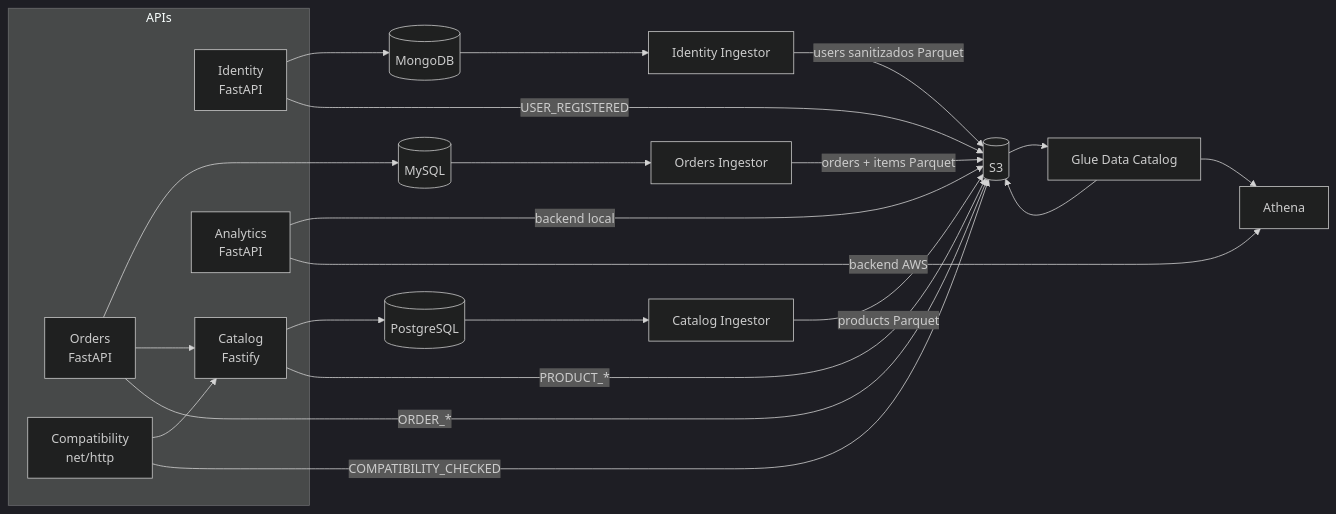
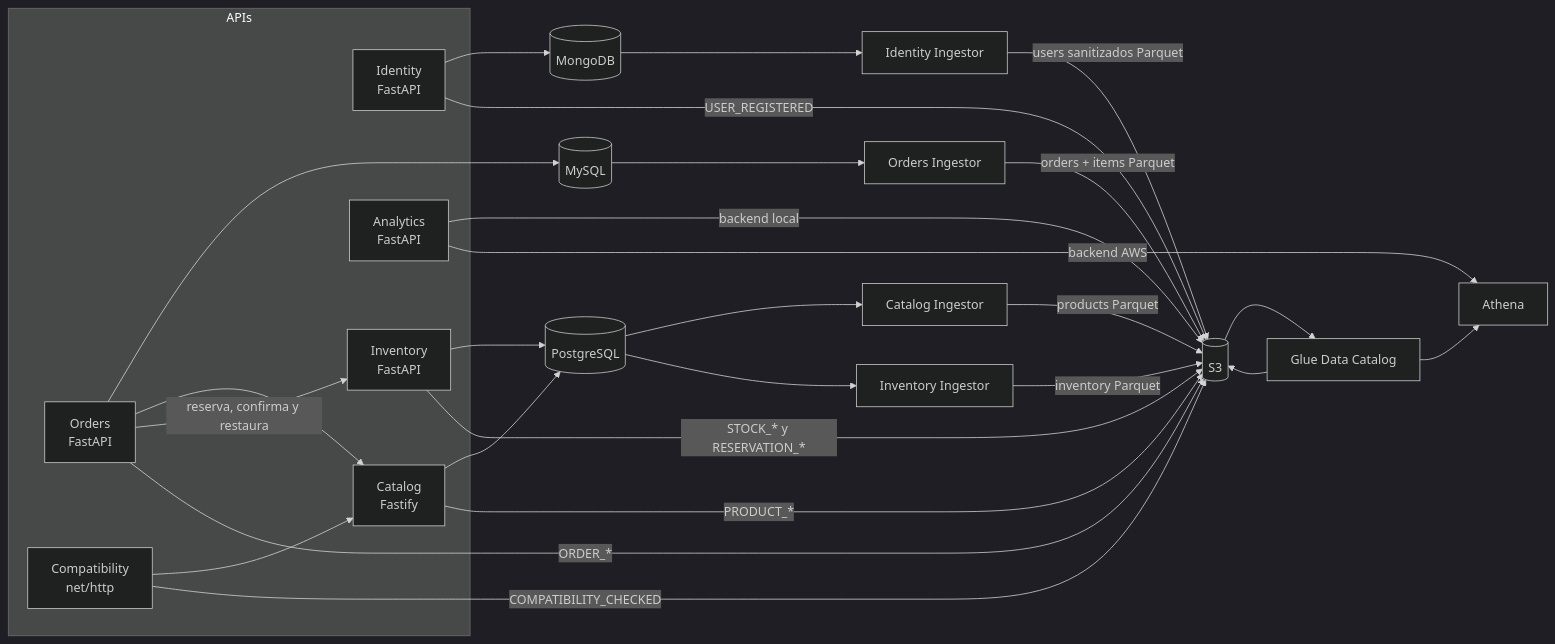
One commit to SebaU12/HardTechHub-v2 changed the second of 4 diagrams in docs/ARCHITECTURE.md. Above: the diagram before and after it, drawn with Mermaid (dark theme). The commit also changed other lines of this file and 11 other files, not shown here.

````diff
--- a/docs/ARCHITECTURE.md
+++ b/docs/ARCHITECTURE.md
@@ -30,31 +33,37 @@
 ```mermaid
 flowchart LR
     subgraph APIs
         I[Identity<br/>FastAPI]
         C[Catalog<br/>Fastify]
         O[Orders<br/>FastAPI]
         K[Compatibility<br/>net/http]
         A[Analytics<br/>FastAPI]
+        V[Inventory<br/>FastAPI]
     end
 
     I --> D[(MongoDB)]
     I -->|USER_REGISTERED| S
     C --> P[(PostgreSQL)]
     C -->|PRODUCT_*| S
     O --> M[(MySQL)]
     O --> C
+    O -->|reserva, confirma y restaura| V
     O -->|ORDER_*| S
     K --> C
     K -->|COMPATIBILITY_CHECKED| S
+    V --> P
+    V -->|STOCK_* y RESERVATION_*| S
     A -->|backend local| S[(S3)]
     G[Navigation Ingestor] --> S
     P --> CB[Catalog Ingestor]
     M --> OB[Orders Ingestor]
     D --> IB[Identity Ingestor]
+    P --> VB[Inventory Ingestor]
     CB -->|products Parquet| S
     OB -->|orders + items Parquet| S
     IB -->|users sanitizados Parquet| S
+    VB -->|inventory Parquet| S
     S --> G[Glue Data Catalog]
     G --> T[Athena]
     A -->|backend AWS| T
 ```
````
